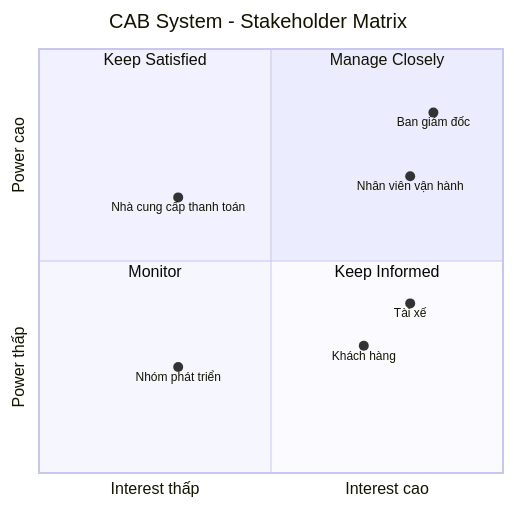
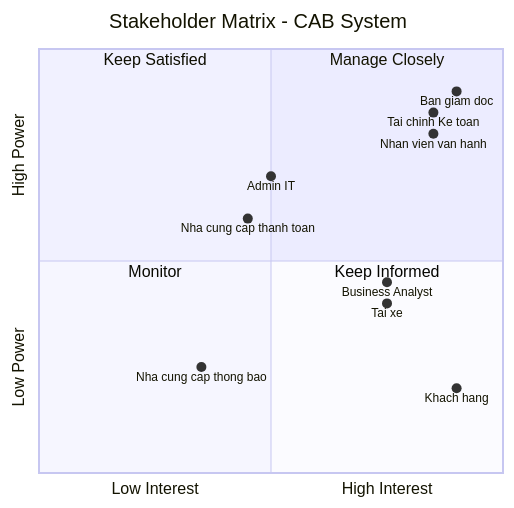
Before and after one commit to truongnhat005/23700751_HuynhNhatTruong_cabsystem: the diagram in README.md, drawn with Mermaid. The commit also changed other lines of this file, not shown here.

````diff
--- a/README.md
+++ b/README.md
@@ -63,18 +64,21 @@
 ```mermaid
 quadrantChart
-    title CAB System - Stakeholder Matrix
-    x-axis "Interest thấp" --> "Interest cao"
-    y-axis "Power thấp" --> "Power cao"
+    title Stakeholder Matrix - CAB System
+    x-axis Low Interest --> High Interest
+    y-axis Low Power --> High Power
 
-    quadrant-1 "Manage Closely"
-    quadrant-2 "Keep Satisfied"
-    quadrant-3 "Monitor"
-    quadrant-4 "Keep Informed"
+    quadrant-1 Manage Closely
+    quadrant-2 Keep Satisfied
+    quadrant-3 Monitor
+    quadrant-4 Keep Informed
 
-    "Ban giám đốc": [0.85, 0.85]
-    "Nhân viên vận hành": [0.80, 0.70]
-    "Nhà cung cấp thanh toán": [0.30, 0.65]
-    "Khách hàng": [0.70, 0.30]
-    "Tài xế": [0.80, 0.40]
-    "Nhóm phát triển": [0.30, 0.25]
+    Khach hang: [0.90, 0.20]
+    Tai xe: [0.75, 0.40]
+    Nhan vien van hanh: [0.85, 0.80]
+    Ban giam doc: [0.90, 0.90]
+    Tai chinh Ke toan: [0.85, 0.85]
+    Admin IT: [0.50, 0.70]
+    Nha cung cap thanh toan: [0.45, 0.60]
+    Nha cung cap thong bao: [0.35, 0.25]
+    Business Analyst: [0.75, 0.45]
 ```
````
